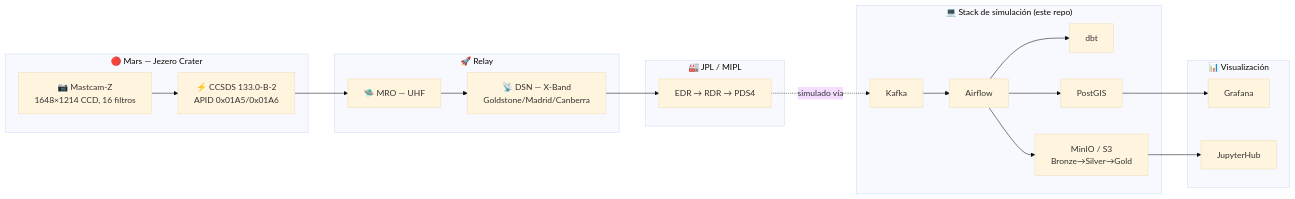
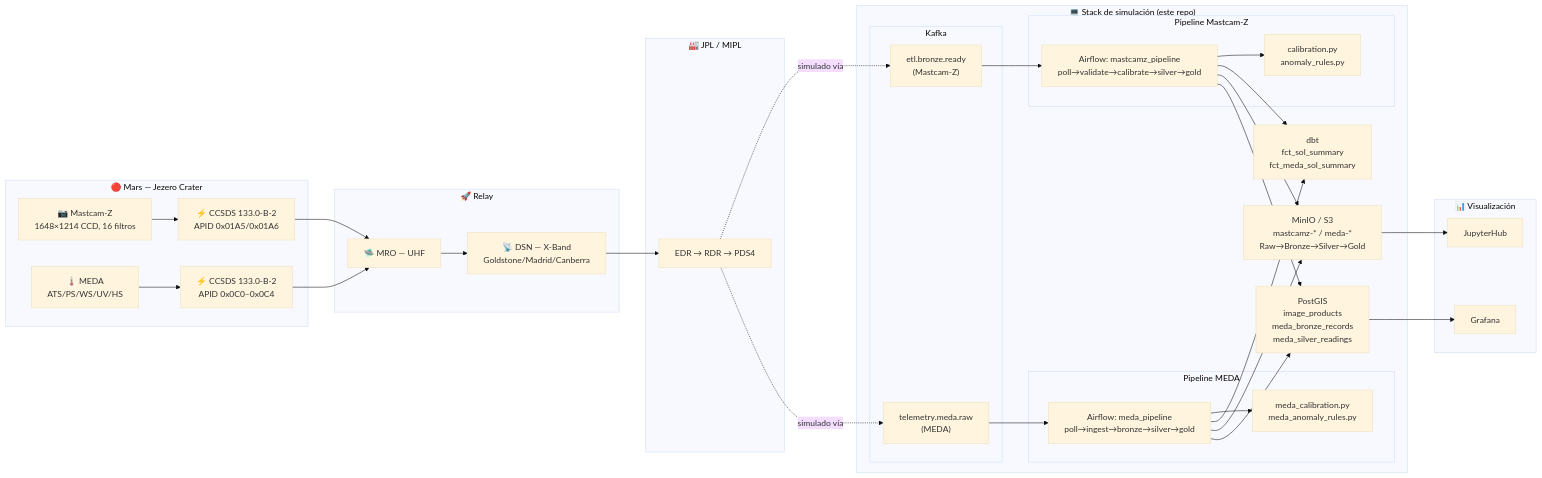
One commit to javiladino/rover_mars changed the first of 2 diagrams in README.md. Above: the diagram before and after it, drawn with Mermaid (base theme). The commit also changed 16 other files, not shown here.

````diff
--- a/README.md
+++ b/README.md
@@ -19,35 +19,57 @@
 ```mermaid
 flowchart LR
     subgraph MARS["🔴 Mars — Jezero Crater"]
         CAM["📷 Mastcam-Z<br/>1648×1214 CCD, 16 filtros"]
         FPGA["⚡ CCSDS 133.0-B-2<br/>APID 0x01A5/0x01A6"]
+        MEDA_INST["🌡️ MEDA<br/>ATS/PS/WS/UV/HS"]
+        MEDA_FPGA["⚡ CCSDS 133.0-B-2<br/>APID 0x0C0–0x0C4"]
         CAM --> FPGA
+        MEDA_INST --> MEDA_FPGA
     end
     subgraph RELAY["🚀 Relay"]
         MRO["🛸 MRO — UHF"]
         DSN["📡 DSN — X-Band<br/>Goldstone/Madrid/Canberra"]
         MRO --> DSN
     end
     subgraph GROUND["🏭 JPL / MIPL"]
         EDR["EDR → RDR → PDS4"]
     end
     subgraph SIM["💻 Stack de simulación (este repo)"]
-        KAFKA["Kafka"]
-        AIRFLOW["Airflow"]
-        DBT["dbt"]
-        LAKE["MinIO / S3<br/>Bronze→Silver→Gold"]
-        PG["PostGIS"]
-        KAFKA --> AIRFLOW --> DBT
-        AIRFLOW --> LAKE
-        AIRFLOW --> PG
+        subgraph KAFKA_LAYER["Kafka"]
+            KAFKA_MCZ["etl.bronze.ready<br/>(Mastcam-Z)"]
+            KAFKA_MEDA["telemetry.meda.raw<br/>(MEDA)"]
+        end
+        subgraph MCZ_PIPE["Pipeline Mastcam-Z"]
+            MCZ_DAG["Airflow: mastcamz_pipeline<br/>poll→validate→calibrate→silver→gold"]
+            MCZ_CALIB["calibration.py<br/>anomaly_rules.py"]
+        end
+        subgraph MEDA_PIPE["Pipeline MEDA"]
+            MEDA_DAG["Airflow: meda_pipeline<br/>poll→ingest→bronze→silver→gold"]
+            MEDA_CALIB["meda_calibration.py<br/>meda_anomaly_rules.py"]
+        end
+        DBT["dbt<br/>fct_sol_summary<br/>fct_meda_sol_summary"]
+        LAKE["MinIO / S3<br/>mastcamz-* / meda-*<br/>Raw→Bronze→Silver→Gold"]
+        PG["PostGIS<br/>image_products<br/>meda_bronze_records<br/>meda_silver_readings"]
+        KAFKA_MCZ --> MCZ_DAG
+        KAFKA_MEDA --> MEDA_DAG
+        MCZ_DAG --> MCZ_CALIB
+        MEDA_DAG --> MEDA_CALIB
+        MCZ_DAG --> DBT
+        MEDA_DAG --> DBT
+        MCZ_DAG --> LAKE
+        MEDA_DAG --> LAKE
+        MCZ_DAG --> PG
+        MEDA_DAG --> PG
     end
     subgraph VIZ["📊 Visualización"]
         GRAFANA["Grafana"]
         JUPYTER["JupyterHub"]
     end
     FPGA --> MRO
+    MEDA_FPGA --> MRO
     DSN --> EDR
-    EDR -.simulado vía.-> KAFKA
+    EDR -.simulado vía.-> KAFKA_MCZ
+    EDR -.simulado vía.-> KAFKA_MEDA
     PG --> GRAFANA
     LAKE --> JUPYTER
 ```
````
